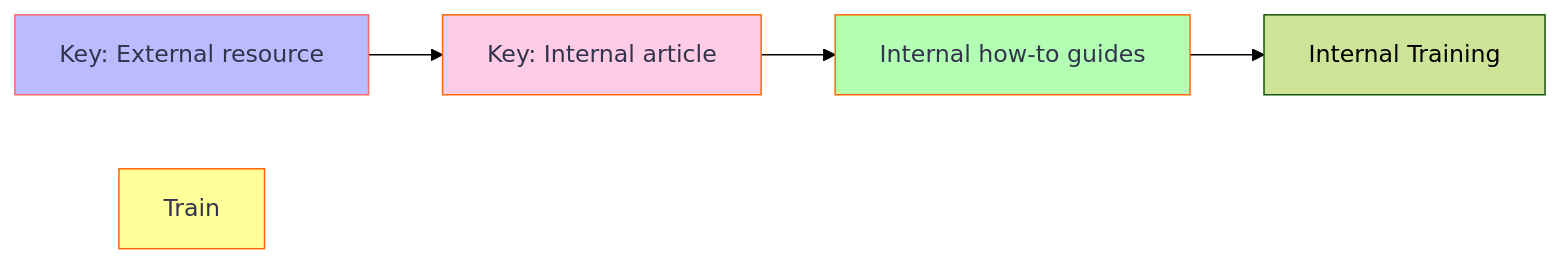
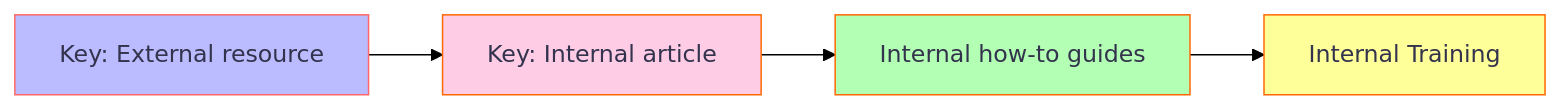
One commit to ICR-SC/good-practice changed the first of 2 diagrams in docs/index.md. Above: the diagram before and after it, drawn with Mermaid (forest theme).

Commit message:
capitlaise

````diff
--- a/docs/index.md
+++ b/docs/index.md
@@ -5,10 +5,10 @@
 ``` mermaid
 graph LR
   EX[Key: External resource]  --> IN[Key: Internal article];
   IN --> HOW[Internal how-to guides];
   HOW --> TRAIN[Internal Training];
   style EX fill:#bbf,stroke:#f66,stroke-width:1px,color:#33334d
   style IN fill:#ffcce6,stroke:#ff6600,stroke-width:1px,color:#33334d
   style HOW fill:#b3ffb3,stroke:#ff6600,stroke-width:1px,color:#33334d
-  style Train fill:#ffff99,stroke:#ff6600,stroke-width:1px,color:#33334d
+  style TRAIN fill:#ffff99,stroke:#ff6600,stroke-width:1px,color:#33334d
 ```
````
